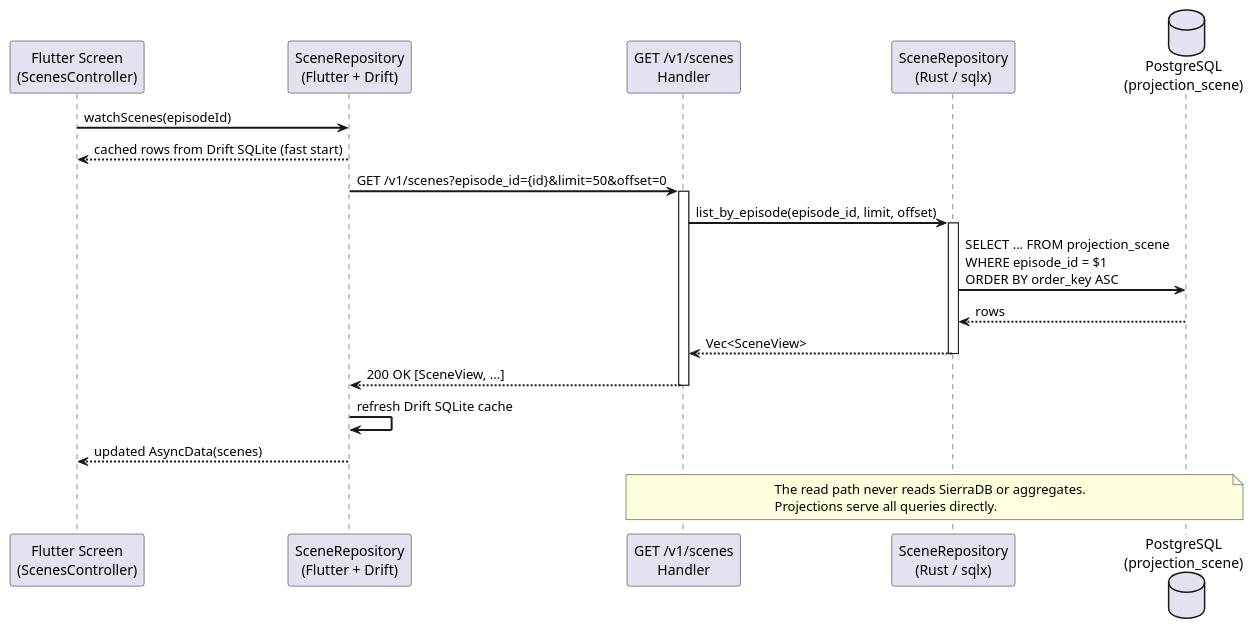
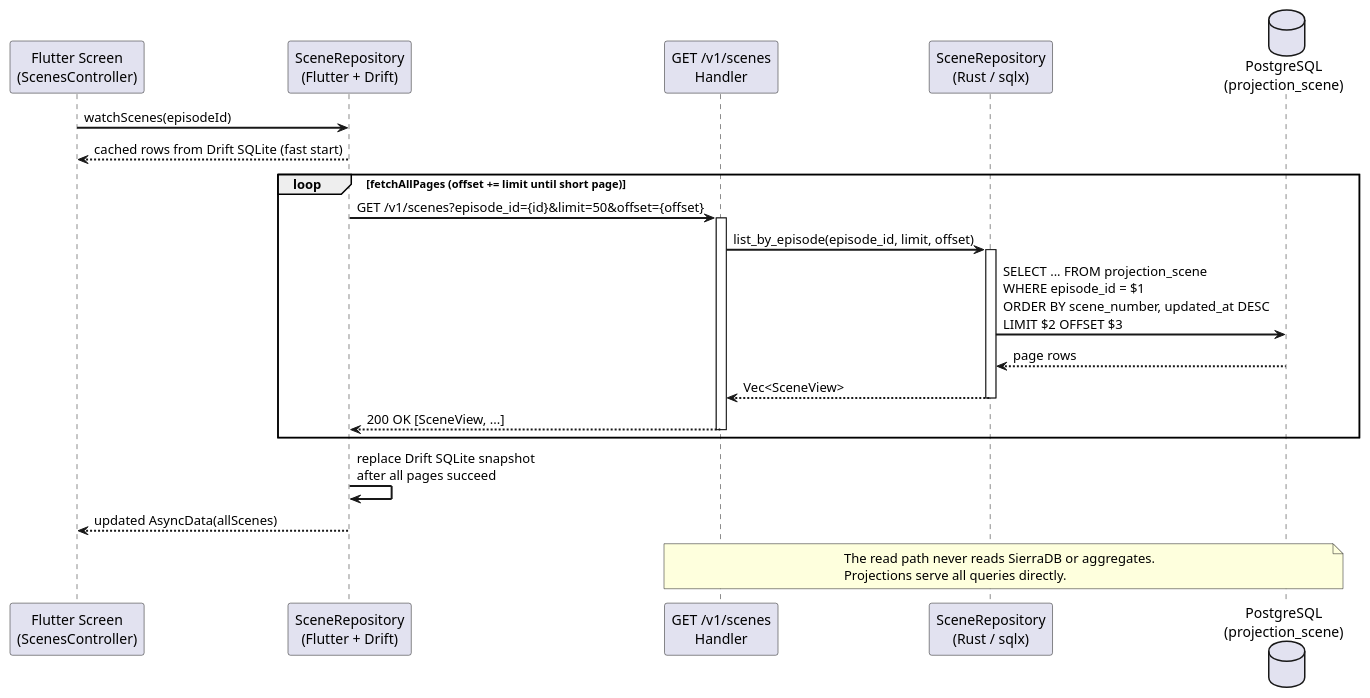
Before and after one commit to tradem/breakdown-rs: the diagram in backend/docs/architecture/diagrams/query-scenes-sequence.puml, drawn with PlantUML. The commit also changed 24 other files, not shown here.

```diff
--- a/backend/docs/architecture/diagrams/query-scenes-sequence.puml
+++ b/backend/docs/architecture/diagrams/query-scenes-sequence.puml
@@ -1,40 +1,42 @@
 @startuml query-scenes-sequence
 ' SPDX-License-Identifier: AGPL-3.0
 ' Copyright (C) 2024-2026 Breakdown RS Contributors
 ' Co-authored-by: kimi-k3 (neuralwatt)
 ' Co-authored-by: gemini-4-carbon (google)
 '
-' Runtime view: GET /v1/scenes read path with client Drift cache.
+' Runtime view: GET /v1/scenes read path with paginated fetch and Drift cache.
 
 skinparam shadowing false
 skinparam sequenceArrowThickness 2
 
 participant "Flutter Screen\n(ScenesController)" as ui
 participant "SceneRepository\n(Flutter + Drift)" as fl_repo
 participant "GET /v1/scenes\nHandler" as api
 participant "SceneRepository\n(Rust / sqlx)" as repo
 database "PostgreSQL\n(projection_scene)" as db
 
 ui -> fl_repo : watchScenes(episodeId)
 fl_repo --> ui : cached rows from Drift SQLite (fast start)
 
-fl_repo -> api : GET /v1/scenes?episode_id={id}&limit=50&offset=0
-activate api
-api -> repo : list_by_episode(episode_id, limit, offset)
-activate repo
-repo -> db : SELECT ... FROM projection_scene\nWHERE episode_id = $1\nORDER BY order_key ASC
-db --> repo : rows
-repo --> api : Vec<SceneView>
-deactivate repo
-api --> fl_repo : 200 OK [SceneView, ...]
-deactivate api
+loop fetchAllPages (offset += limit until short page)
+  fl_repo -> api : GET /v1/scenes?episode_id={id}&limit=50&offset={offset}
+  activate api
+  api -> repo : list_by_episode(episode_id, limit, offset)
+  activate repo
+  repo -> db : SELECT ... FROM projection_scene\nWHERE episode_id = $1\nORDER BY scene_number, updated_at DESC\nLIMIT $2 OFFSET $3
+  db --> repo : page rows
+  repo --> api : Vec<SceneView>
+  deactivate repo
+  api --> fl_repo : 200 OK [SceneView, ...]
+  deactivate api
+end
 
-fl_repo -> fl_repo : refresh Drift SQLite cache
-fl_repo --> ui : updated AsyncData(scenes)
+fl_repo -> fl_repo : replace Drift SQLite snapshot\nafter all pages succeed
+fl_repo --> ui : updated AsyncData(allScenes)
 
 note over api, db
   The read path never reads SierraDB or aggregates.
   Projections serve all queries directly.
 end note
 
 @enduml
```
